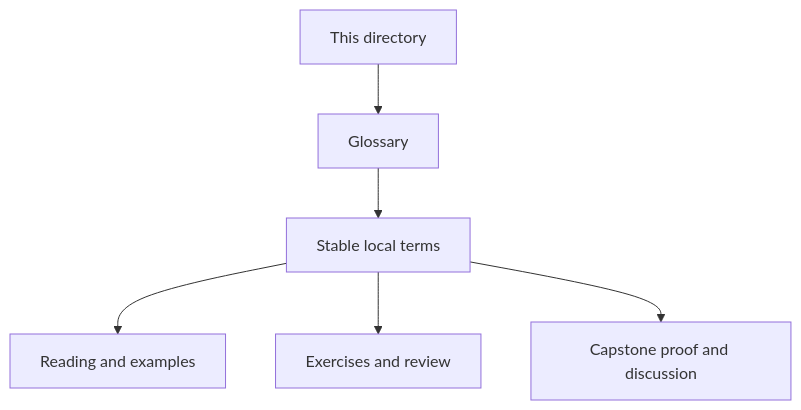
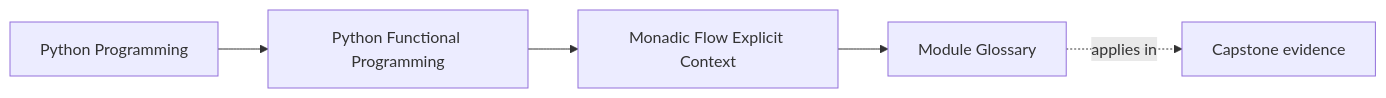
The first of 2 diagrams in programs/python-programming/python-functional-programming/course-book/module-06-monadic-flow-explicit-context/glossary.md (bijux/bijux-masterclass), drawn with Mermaid before and after one commit. The commit also changed other lines of this file and 108 other files, not shown here.

Commit message:
docs(python-functional-programming): map capstone and advanced design surfaces

````diff
--- a/programs/python-programming/python-functional-programming/course-book/module-06-monadic-flow-explicit-context/glossary.md
+++ b/programs/python-programming/python-functional-programming/course-book/module-06-monadic-flow-explicit-context/glossary.md
@@ -6,8 +6,11 @@
 ```mermaid
-flowchart TD
-  directory["This directory"] --> glossary["Glossary"]
-  glossary --> terms["Stable local terms"]
-  terms --> reading["Reading and examples"]
-  terms --> practice["Exercises and review"]
-  terms --> proof["Capstone proof and discussion"]
+graph LR
+  family["Python Programming"]
+  program["Python Functional Programming"]
+  section["Monadic Flow Explicit Context"]
+  page["Module Glossary"]
+  capstone["Capstone evidence"]
+
+  family --> program --> section --> page
+  page -.applies in.-> capstone
 ```
````
